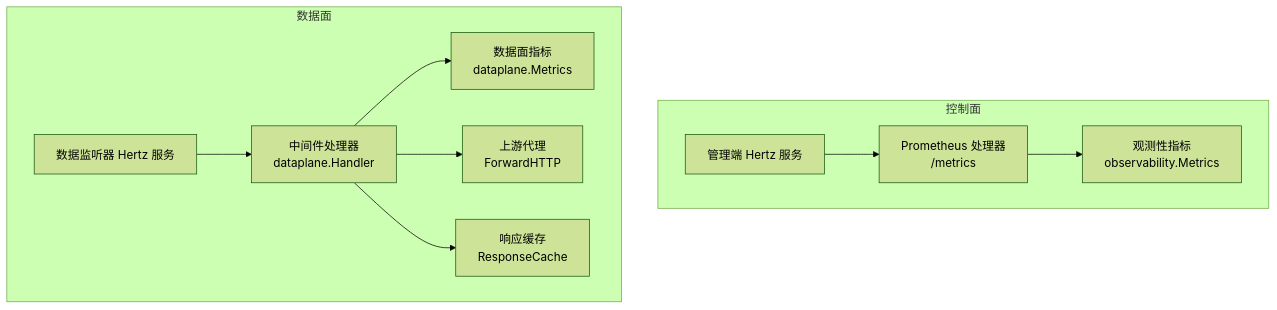
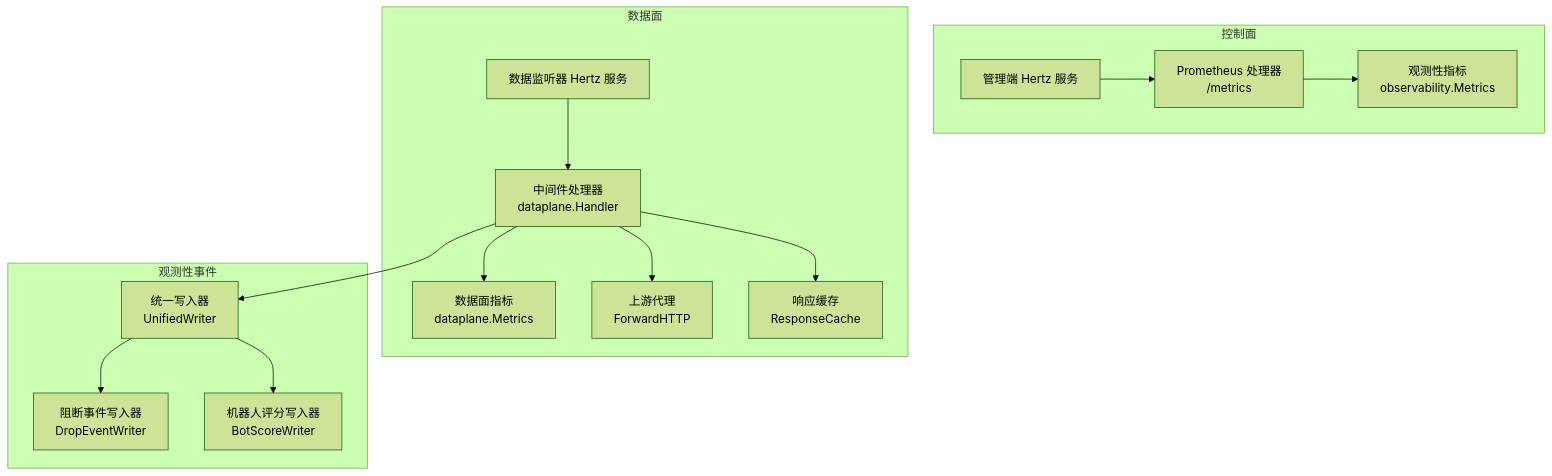
Before and after one commit to x01n/My-OpenWaf: the first of 9 diagrams in docs/监控与可观测性/性能指标收集.md, drawn with Mermaid (forest theme). The commit also changed other lines of this file and 199 other files, not shown here.

````diff
--- a/docs/监控与可观测性/性能指标收集.md
+++ b/docs/监控与可观测性/性能指标收集.md
@@ -45,21 +48,29 @@
 ```mermaid
 graph TB
 subgraph "控制面"
 Admin["管理端 Hertz 服务"]
 Prom["Prometheus 处理器<br/>/metrics"]
 OM["观测性指标<br/>observability.Metrics"]
 end
 subgraph "数据面"
 DP["数据监听器 Hertz 服务"]
 MW["中间件处理器<br/>dataplane.Handler"]
 DM["数据面指标<br/>dataplane.Metrics"]
 Proxy["上游代理<br/>ForwardHTTP"]
 Cache["响应缓存<br/>ResponseCache"]
 end
+subgraph "观测性事件"
+UE["统一写入器<br/>UnifiedWriter"]
+DEW["阻断事件写入器<br/>DropEventWriter"]
+BSW["机器人评分写入器<br/>BotScoreWriter"]
+end
 Admin --> Prom
 Prom --> OM
 DP --> MW
 MW --> DM
 MW --> Proxy
 MW --> Cache
+MW --> UE
+UE --> DEW
+UE --> BSW
 ```
````
